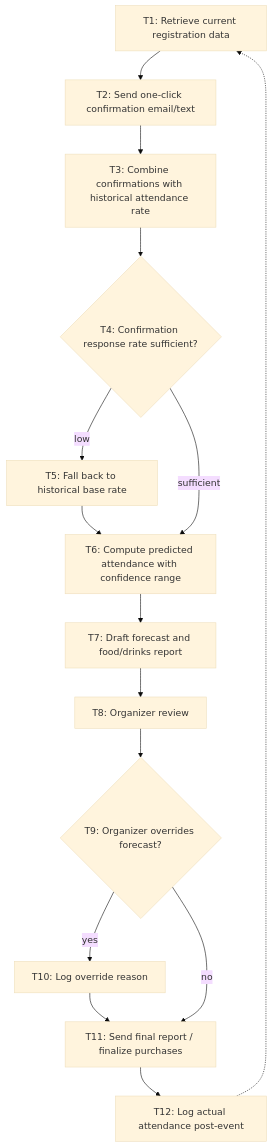
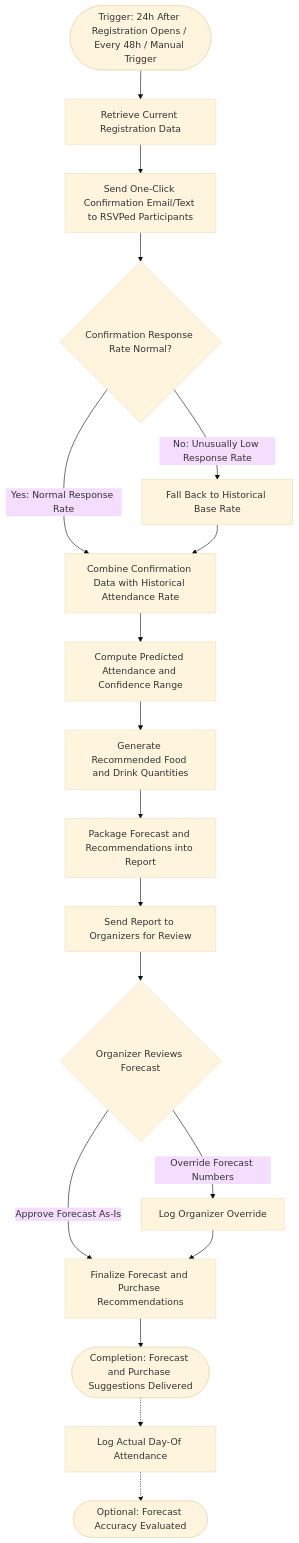
Before and after one commit to IronNemesis/BUS4498_InClass_Builds: the diagram in my_first_agent/agent/workflow-of-tasks.md, drawn with Mermaid (base theme).

Commit message:
Complete Friday Build 01 Part 2 workflow

````diff
--- a/my_first_agent/agent/workflow-of-tasks.md
+++ b/my_first_agent/agent/workflow-of-tasks.md
@@ -25,30 +25,20 @@
 ```mermaid
 flowchart TD
-    T1[T1: Retrieve current registration data]
-    T2[T2: Send one-click confirmation email/text]
-    T3[T3: Combine confirmations with historical attendance rate]
-    T4{T4: Confirmation response rate sufficient?}
-    T5[T5: Fall back to historical base rate]
-    T6[T6: Compute predicted attendance with confidence range]
-    T7[T7: Draft forecast and food/drinks report]
-    T8[T8: Organizer review]
-    T9{T9: Organizer overrides forecast?}
-    T10[T10: Log override reason]
-    T11[T11: Send final report / finalize purchases]
-    T12[T12: Log actual attendance post-event]
-
-    T1 --> T2
-    T2 --> T3
-    T3 --> T4
-    T4 -- low --> T5
-    T5 --> T6
-    T4 -- sufficient --> T6
-    T6 --> T7
-    T7 --> T8
-    T8 --> T9
-    T9 -- yes --> T10
-    T10 --> T11
-    T9 -- no --> T11
-    T11 --> T12
-    T12 -.-> T1
+    Trigger(["Trigger: 24h After Registration Opens / Every 48h / Manual Trigger"]) --> T1["Retrieve Current Registration Data"]
+    T1 --> T2["Send One-Click Confirmation Email/Text to RSVPed Participants"]
+    T2 --> D1{"Confirmation Response Rate Normal?"}
+    D1 -->|"Yes: Normal Response Rate"| T3["Combine Confirmation Data with Historical Attendance Rate"]
+    D1 -->|"No: Unusually Low Response Rate"| T4["Fall Back to Historical Base Rate"]
+    T4 --> T3
+    T3 --> T5["Compute Predicted Attendance and Confidence Range"]
+    T5 --> T6["Generate Recommended Food and Drink Quantities"]
+    T6 --> T7["Package Forecast and Recommendations into Report"]
+    T7 --> T8["Send Report to Organizers for Review"]
+    T8 --> D2{"Organizer Reviews Forecast"}
+    D2 -->|"Approve Forecast As-Is"| T9["Finalize Forecast and Purchase Recommendations"]
+    D2 -->|"Override Forecast Numbers"| T10["Log Organizer Override"]
+    T10 --> T9
+    T9 --> End1(["Completion: Forecast and Purchase Suggestions Delivered"])
+    End1 -.-> T11["Log Actual Day-Of Attendance"]
+    T11 -.-> End2(["Optional: Forecast Accuracy Evaluated"])
 ```
````
